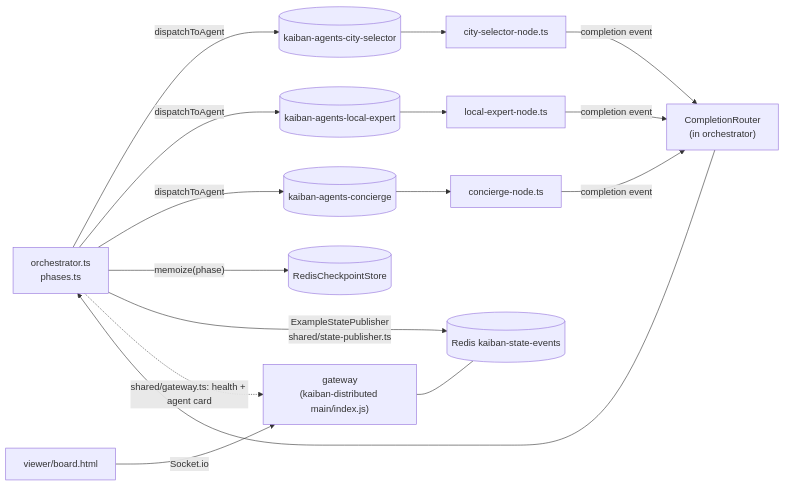
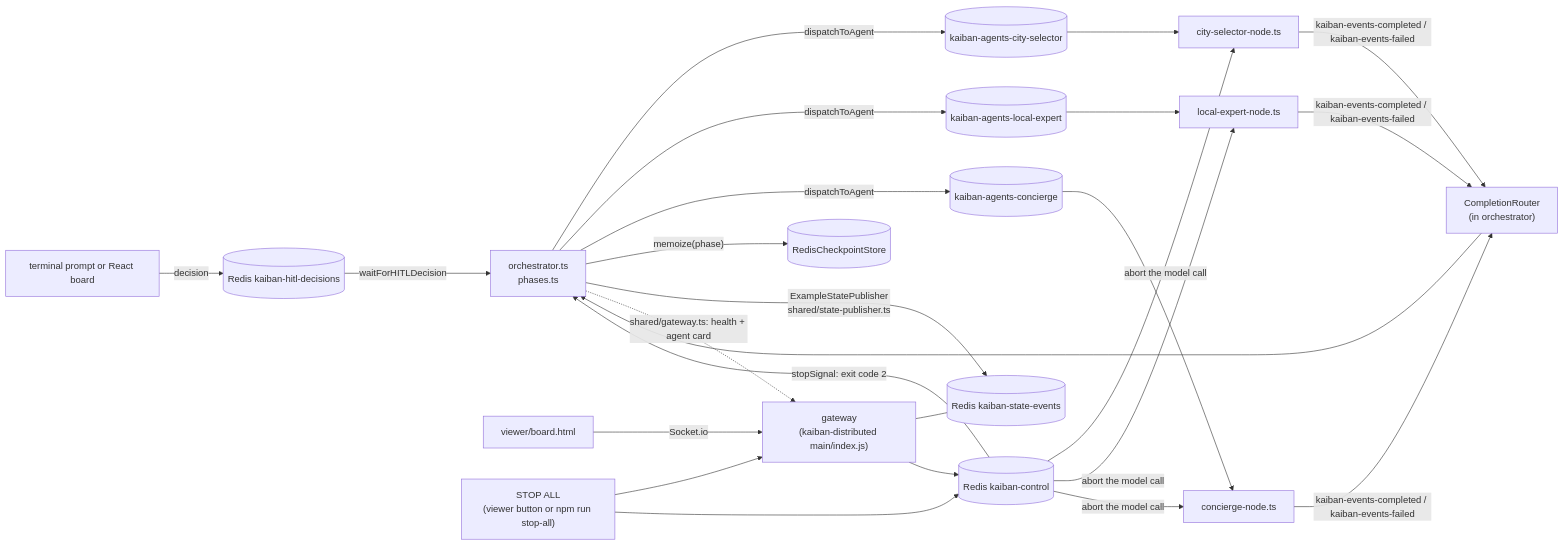
One commit to andreibesleaga/kaiban-distributed-examples changed the second of 3 diagrams in docs/ARCHITECTURE.md. Above: the diagram before and after it, drawn with Mermaid. The commit also changed other lines of this file and 8 other files, not shown here.

Commit message:
docs: production secrets rule, TRUST_PROXY and public URL, offline and CSP notes, architecture channels and topologies, AGENTS tests; viewer banner text; wiring tests

````diff
--- a/docs/ARCHITECTURE.md
+++ b/docs/ARCHITECTURE.md
@@ -27,18 +27,27 @@
 ```mermaid
 flowchart LR
   ORCH["orchestrator.ts<br/>phases.ts"] -->|"dispatchToAgent"| Q1[("kaiban-agents-city-selector")]
   ORCH -->|"dispatchToAgent"| Q2[("kaiban-agents-local-expert")]
   ORCH -->|"dispatchToAgent"| Q3[("kaiban-agents-concierge")]
   Q1 --> W1["city-selector-node.ts"]
   Q2 --> W2["local-expert-node.ts"]
   Q3 --> W3["concierge-node.ts"]
-  W1 -->|"completion event"| ROUTER["CompletionRouter<br/>(in orchestrator)"]
-  W2 -->|"completion event"| ROUTER
-  W3 -->|"completion event"| ROUTER
+  W1 -->|"kaiban-events-completed / kaiban-events-failed"| ROUTER["CompletionRouter<br/>(in orchestrator)"]
+  W2 -->|"kaiban-events-completed / kaiban-events-failed"| ROUTER
+  W3 -->|"kaiban-events-completed / kaiban-events-failed"| ROUTER
   ROUTER --> ORCH
   ORCH -->|"memoize(phase)"| CP[("RedisCheckpointStore")]
   ORCH -->|"ExampleStatePublisher<br/>shared/state-publisher.ts"| REDIS[("Redis kaiban-state-events")]
   GW["gateway<br/>(kaiban-distributed main/index.js)"] --- REDIS
   BOARD["viewer/board.html"] -->|"Socket.io"| GW
   ORCH -.->|"shared/gateway.ts: health + agent card"| GW
+  HUMAN["terminal prompt or React board"] -->|"decision"| HITL[("Redis kaiban-hitl-decisions")]
+  HITL -->|"waitForHITLDecision"| ORCH
+  STOP["STOP ALL<br/>(viewer button or npm run stop-all)"] --> GW
+  STOP --> CTRL[("Redis kaiban-control")]
+  GW --> CTRL
+  CTRL -->|"abort the model call"| W1
+  CTRL -->|"abort the model call"| W2
+  CTRL -->|"abort the model call"| W3
+  CTRL -->|"stopSignal: exit code 2"| ORCH
 ```
````
